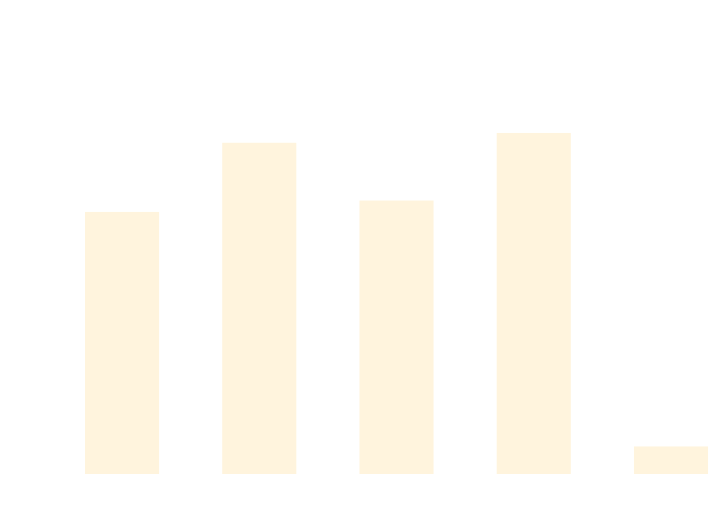
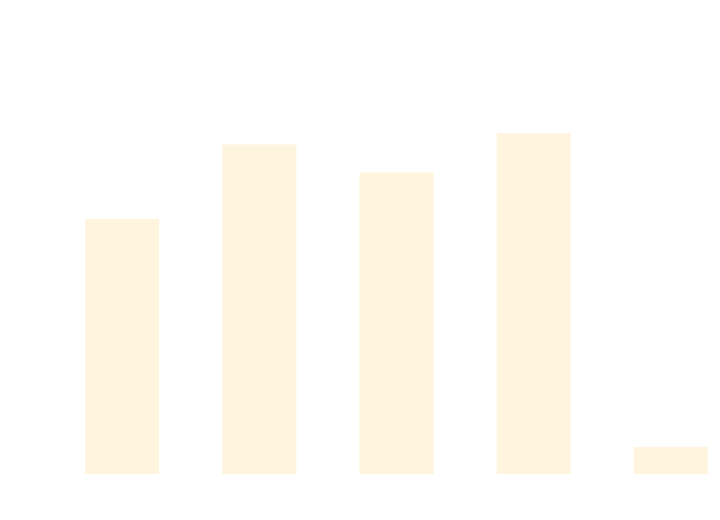
One commit to thomhurst/TUnit changed the diagram in docs/docs/benchmarks/ScaleTests.md. Above: the diagram before and after it, drawn with Mermaid. The commit also changed other lines of this file and 17 other files, not shown here.

````diff
--- a/docs/docs/benchmarks/ScaleTests.md
+++ b/docs/docs/benchmarks/ScaleTests.md
@@ -27,37 +27,37 @@
 ```mermaid
 %%{init: {
   'theme':'base',
   'themeVariables': {
     'primaryColor': '#2563eb',
     'primaryTextColor': '#ffffff',
     'primaryBorderColor': '#1e40af',
     'lineColor': '#6b7280',
     'secondaryColor': '#7c3aed',
     'tertiaryColor': '#dc2626',
     'background': '#ffffff',
     'mainBkg': '#2563eb',
     'secondBkg': '#7c3aed',
     'tertiaryBkg': '#dc2626',
     'clusterBkg': '#f3f4f6',
     'edgeLabelBackground': '#ffffff',
     'tertiaryTextColor': '#1f2937',
     'pie1': '#2563eb',
     'pie2': '#7c3aed',
     'pie3': '#dc2626',
     'pie4': '#f59e0b',
     'pie5': '#10b981',
     'pie6': '#06b6d4',
     'pie7': '#ec4899',
     'pie8': '#6366f1',
     'pie9': '#84cc16',
     'pie10': '#f97316',
     'pie11': '#14b8a6',
     'pie12': '#a855f7'
   }
 }}%%
 xychart-beta
   title "ScaleTests Performance Comparison"
   x-axis ["TUnit", "NUnit", "MSTest", "xUnit3", "TUnit_AOT"]
-  y-axis "Time (ms)" 0 --> 727
-  bar [461.37, 587.71, 482.17, 605.6, 32.97]
+  y-axis "Time (ms)" 0 --> 728
+  bar [449.18, 585.45, 534.27, 606.45, 31.81]
 ```
````
